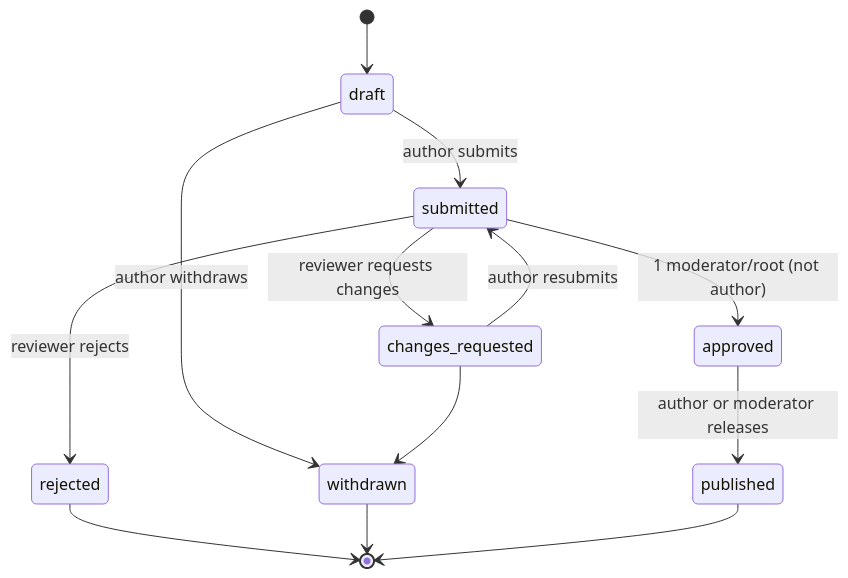
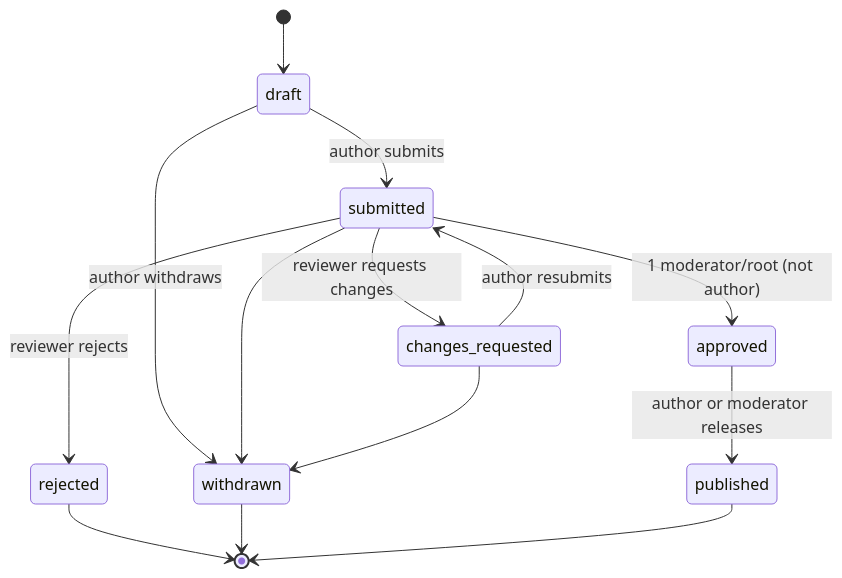
Before and after one commit to ronneai/ronne-marketplace: the first of 2 diagrams in docs/MVP/MVP.md, drawn with Mermaid. The commit also changed other lines of this file and 10 other files, not shown here.

````diff
--- a/docs/MVP/MVP.md
+++ b/docs/MVP/MVP.md
@@ -263,15 +263,16 @@
 ```mermaid
 stateDiagram-v2
     [*] --> draft
     draft --> submitted: author submits
     submitted --> changes_requested: reviewer requests changes
     changes_requested --> submitted: author resubmits
     submitted --> approved: 1 moderator/root (not author)
     submitted --> rejected: reviewer rejects
     draft --> withdrawn: author withdraws
+    submitted --> withdrawn
     changes_requested --> withdrawn
     approved --> published: author or moderator releases
     rejected --> [*]
     withdrawn --> [*]
     published --> [*]
 ```
````
